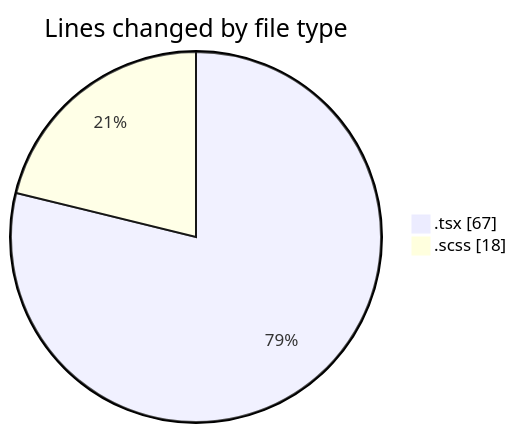
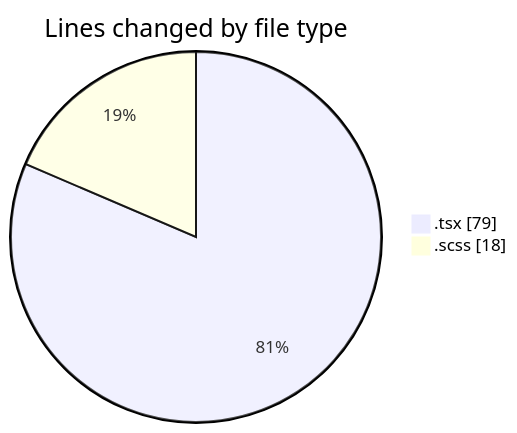
The first of 2 diagrams in 2026-04-16/cda/README.md (momahboobian/code-tracking), drawn with Mermaid before and after one commit. The commit also changed other lines of this file and 1 other file, not shown here.

````diff
--- a/2026-04-16/cda/README.md
+++ b/2026-04-16/cda/README.md
@@ -22,6 +22,6 @@
 ```mermaid
 pie showData
 title Lines changed by file type
-".tsx" : 67
+".tsx" : 79
 ".scss" : 18
 ```
````
